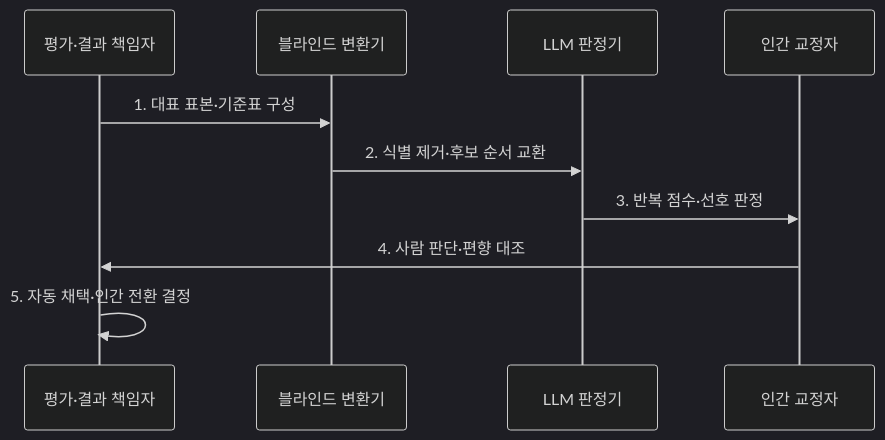
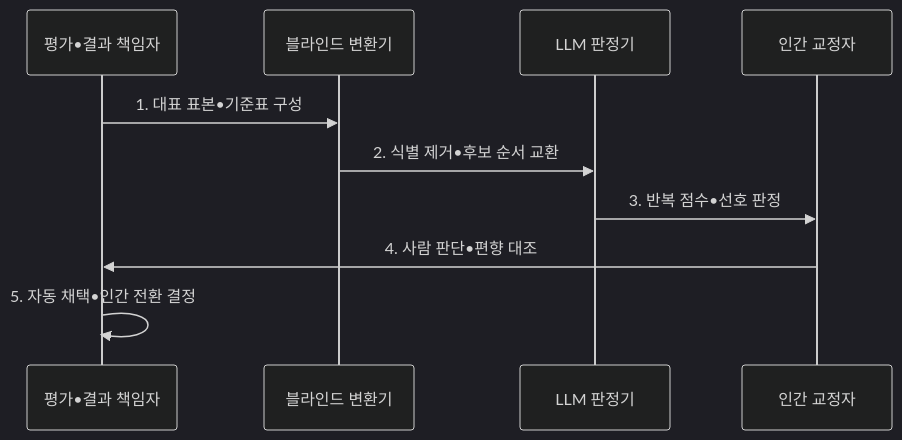
One commit to agnusdei1207/knowledge-base changed the second of 2 diagrams in src/content/docs/notes/08-latest-tech/137_llm_as_a_judge.md. Above: the diagram before and after it, drawn with Mermaid (dark theme). The commit also changed other lines of this file and 953 other files, not shown here.

````diff
--- a/src/content/docs/notes/08-latest-tech/137_llm_as_a_judge.md
+++ b/src/content/docs/notes/08-latest-tech/137_llm_as_a_judge.md
@@ -101,12 +101,12 @@
 ```mermaid
 sequenceDiagram
-    participant O as 평가·결과 책임자
+    participant O as 평가•결과 책임자
     participant B as 블라인드 변환기
     participant J as LLM 판정기
     participant H as 인간 교정자
-    O->>B: 1. 대표 표본·기준표 구성
-    B->>J: 2. 식별 제거·후보 순서 교환
-    J->>H: 3. 반복 점수·선호 판정
-    H->>O: 4. 사람 판단·편향 대조
-    O->>O: 5. 자동 채택·인간 전환 결정
+    O->>B: 1. 대표 표본•기준표 구성
+    B->>J: 2. 식별 제거•후보 순서 교환
+    J->>H: 3. 반복 점수•선호 판정
+    H->>O: 4. 사람 판단•편향 대조
+    O->>O: 5. 자동 채택•인간 전환 결정
 ```
````
